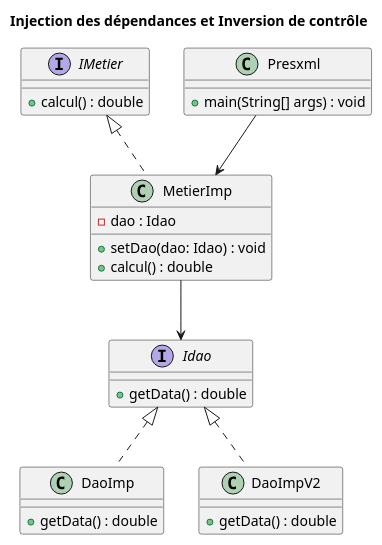
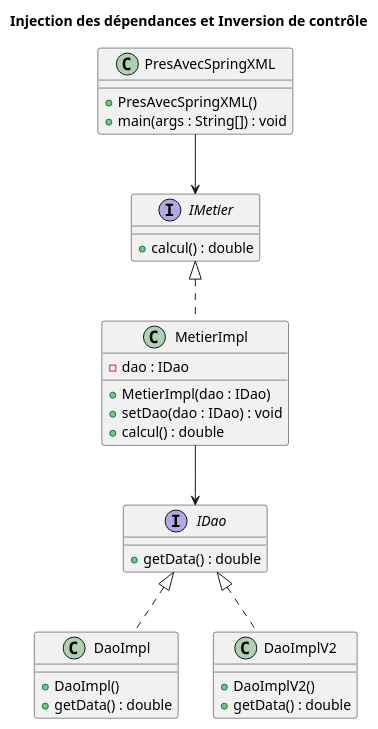
One commit to Oussamoux1234/ioc-tp changed the diagram in src/main/resources/diagram.puml. Above: the diagram before and after it, drawn with PlantUML. The commit also changed 5 other files, not shown here.

```diff
--- a/src/main/resources/diagram.puml
+++ b/src/main/resources/diagram.puml
@@ -1,43 +1,44 @@
 @startuml
-
 title Injection des dépendances et Inversion de contrôle
 
 ' Interfaces
-interface Idao {
+interface IDao {
     + getData() : double
 }
 
 interface IMetier {
     + calcul() : double
 }
 
-' DAO implementations
-class DaoImp {
+' Classes
+class DaoImpl {
+    + DaoImpl()
     + getData() : double
 }
 
-class DaoImpV2 {
+class DaoImplV2 {
+    + DaoImplV2()
     + getData() : double
 }
 
-' Metier implementation
-class MetierImp {
-    - dao : Idao
-    + setDao(dao: Idao) : void
+class MetierImpl {
+    - dao : IDao
+    + MetierImpl(dao : IDao)
+    + setDao(dao : IDao) : void
     + calcul() : double
 }
 
-' Presentation class
-class Presxml {
-    + main(String[] args) : void
+class PresAvecSpringXML {
+    + PresAvecSpringXML()
+    + main(args : String[]) : void
 }
 
 ' Relationships
-Idao <|.. DaoImp
-Idao <|.. DaoImpV2
+IDao <|.. DaoImpl
+IDao <|.. DaoImplV2
 
-IMetier <|.. MetierImp
-MetierImp --> Idao
-Presxml --> MetierImp
+IMetier <|.. MetierImpl
+MetierImpl --> IDao
+PresAvecSpringXML --> IMetier
 
 @enduml
```
